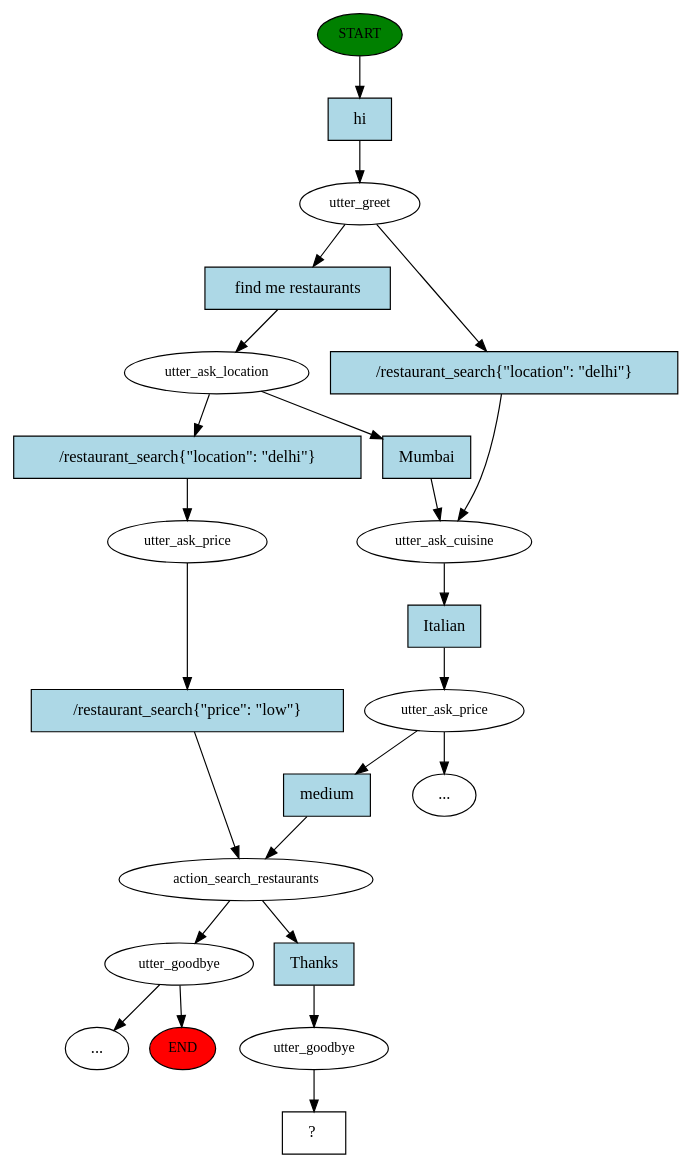
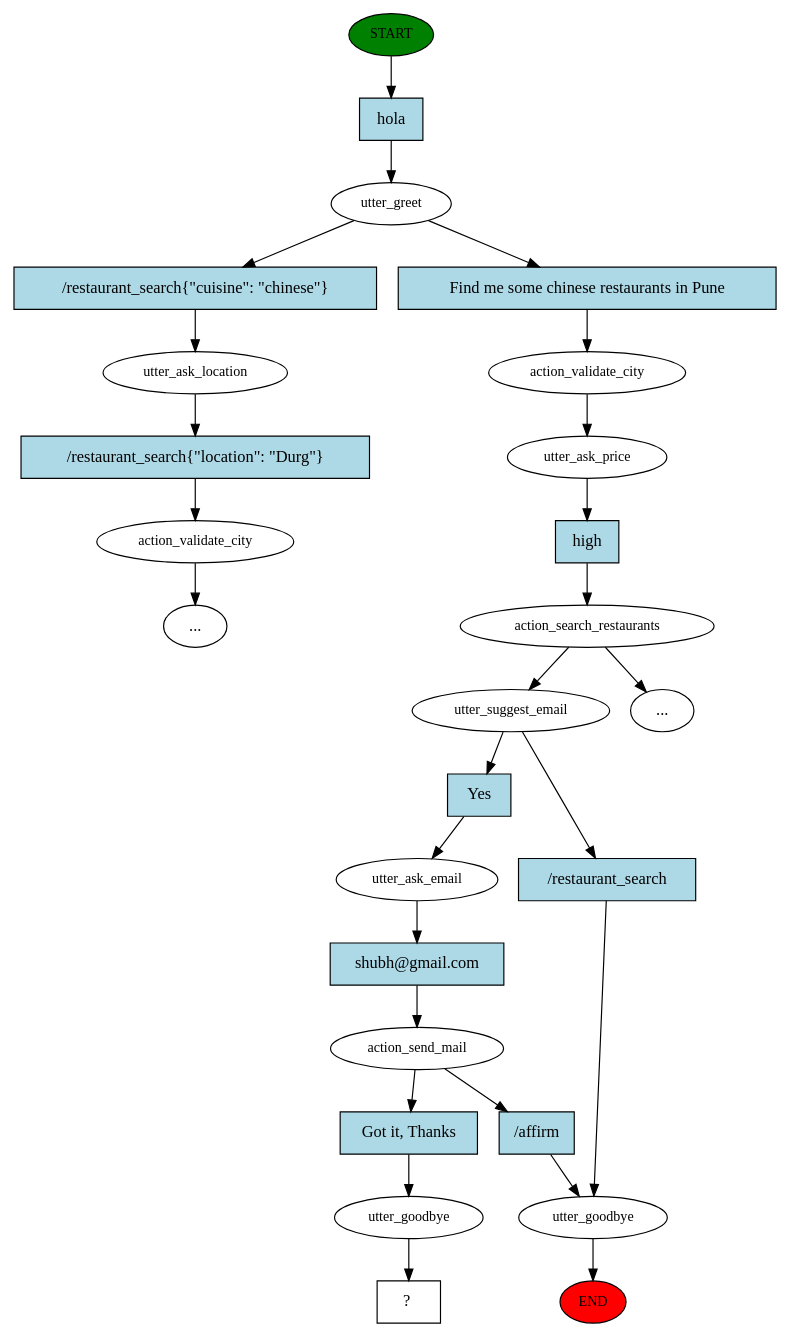
The diagram in story_graph.dot (shubh1608/Restaurant-Booking-Chatbot), drawn with Graphviz before and after one commit. The commit also changed 7 other files, not shown here.

```diff
--- a/story_graph.dot
+++ b/story_graph.dot
@@ -1,47 +1,54 @@
 digraph  {
 0 [class="start active", fillcolor=green, fontsize=12, label=START, style=filled];
 "-1" [class=end, fillcolor=red, fontsize=12, label=END, style=filled];
 1 [class=active, fontsize=12, label=utter_greet];
-2 [class=active, fontsize=12, label=utter_ask_location];
-3 [class=active, fontsize=12, label=utter_ask_cuisine];
-4 [class=active, fontsize=12, label=utter_ask_price];
-5 [class=active, fontsize=12, label=action_search_restaurants];
-6 [class="", fontsize=12, label=utter_goodbye];
-"-3" [class=ellipsis, label="..."];
-12 [class="", fontsize=12, label=utter_ask_price];
-"-4" [class=ellipsis, label="..."];
-20 [class=active, fontsize=12, label=utter_goodbye];
-21 [class="intent dashed active", label="  ?  ", shape=rect];
-22 [class="intent active", fillcolor=lightblue, label=hi, shape=rect, style=filled];
-23 [class="intent active", fillcolor=lightblue, label="find\ me\ restaurants", shape=rect, style=filled];
-24 [class=intent, fillcolor=lightblue, label="/restaurant_search\{\"location\":\ \"delhi\"\}", shape=rect, style=filled];
-25 [class="intent active", fillcolor=lightblue, label=Mumbai, shape=rect, style=filled];
-26 [class=intent, fillcolor=lightblue, label="/restaurant_search\{\"location\":\ \"delhi\"\}", shape=rect, style=filled];
-27 [class="intent active", fillcolor=lightblue, label=Italian, shape=rect, style=filled];
-28 [class="intent active", fillcolor=lightblue, label=medium, shape=rect, style=filled];
-29 [class="intent active", fillcolor=lightblue, label=Thanks, shape=rect, style=filled];
-30 [class=intent, fillcolor=lightblue, label="/restaurant_search\{\"price\":\ \"low\"\}", shape=rect, style=filled];
-0 -> 22  [class=active, key=0];
-1 -> 23  [class=active, key=0];
-1 -> 24  [class="", key=0];
-2 -> 25  [class=active, key=0];
-2 -> 26  [class="", key=0];
-3 -> 27  [class=active, key=0];
-4 -> "-3"  [class="", key=NONE, label=""];
-4 -> 28  [class=active, key=0];
-5 -> 6  [class="", key=NONE, label=""];
-5 -> 29  [class=active, key=0];
-6 -> "-1"  [class="", key=NONE, label=""];
-6 -> "-4"  [class="", key=NONE, label=""];
-12 -> 30  [class="", key=0];
-20 -> 21  [class=active, key=NONE, label=""];
-22 -> 1  [class=active, key=0];
-23 -> 2  [class=active, key=0];
-24 -> 3  [class="", key=0];
-25 -> 3  [class=active, key=0];
-26 -> 12  [class="", key=0];
-27 -> 4  [class=active, key=0];
-28 -> 5  [class=active, key=0];
-29 -> 20  [class=active, key=0];
-30 -> 5  [class="", key=0];
+2 [class="", fontsize=12, label=utter_ask_location];
+3 [class="", fontsize=12, label=action_validate_city];
+"-10" [class=ellipsis, label="..."];
+26 [class=active, fontsize=12, label=action_validate_city];
+27 [class=active, fontsize=12, label=utter_ask_price];
+28 [class=active, fontsize=12, label=action_search_restaurants];
+29 [class=active, fontsize=12, label=utter_suggest_email];
+30 [class=active, fontsize=12, label=utter_ask_email];
+31 [class=active, fontsize=12, label=action_send_mail];
+32 [class="", fontsize=12, label=utter_goodbye];
+"-12" [class=ellipsis, label="..."];
+54 [class=active, fontsize=12, label=utter_goodbye];
+55 [class="intent dashed active", label="  ?  ", shape=rect];
+56 [class="intent active", fillcolor=lightblue, label=hola, shape=rect, style=filled];
+57 [class=intent, fillcolor=lightblue, label="/restaurant_search\{\"cuisine\":\ \"chinese\"\}", shape=rect, style=filled];
+58 [class="intent active", fillcolor=lightblue, label="Find\ me\ some\ chinese\ restaurants\ in\ Pune", shape=rect, style=filled];
+59 [class=intent, fillcolor=lightblue, label="/restaurant_search\{\"location\":\ \"Durg\"\}", shape=rect, style=filled];
+60 [class="intent active", fillcolor=lightblue, label=high, shape=rect, style=filled];
+61 [class="intent active", fillcolor=lightblue, label=Yes, shape=rect, style=filled];
+62 [class=intent, fillcolor=lightblue, label="/restaurant_search", shape=rect, style=filled];
+63 [class="intent active", fillcolor=lightblue, label="shubh@gmail\.com", shape=rect, style=filled];
+64 [class=intent, fillcolor=lightblue, label="/affirm", shape=rect, style=filled];
+65 [class="intent active", fillcolor=lightblue, label="Got\ it,\ Thanks", shape=rect, style=filled];
+0 -> 56  [class=active, key=0];
+1 -> 57  [class="", key=0];
+1 -> 58  [class=active, key=0];
+2 -> 59  [class="", key=0];
+3 -> "-10"  [class="", key=NONE, label=""];
+26 -> 27  [class=active, key=NONE, label=""];
+27 -> 60  [class=active, key=0];
+28 -> 29  [class=active, key=NONE, label=""];
+28 -> "-12"  [class="", key=NONE, label=""];
+29 -> 61  [class=active, key=0];
+29 -> 62  [class="", key=0];
+30 -> 63  [class=active, key=0];
+31 -> 64  [class="", key=0];
+31 -> 65  [class=active, key=0];
+32 -> "-1"  [class="", key=NONE, label=""];
+54 -> 55  [class=active, key=NONE, label=""];
+56 -> 1  [class=active, key=0];
+57 -> 2  [class="", key=0];
+58 -> 26  [class=active, key=0];
+59 -> 3  [class="", key=0];
+60 -> 28  [class=active, key=0];
+61 -> 30  [class=active, key=0];
+62 -> 32  [class="", key=0];
+63 -> 31  [class=active, key=0];
+64 -> 32  [class="", key=0];
+65 -> 54  [class=active, key=0];
 }
```
